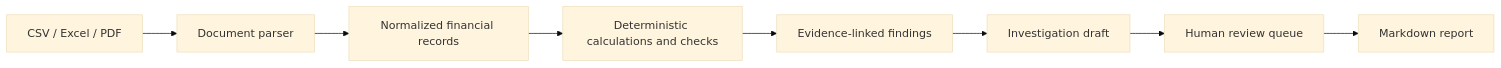
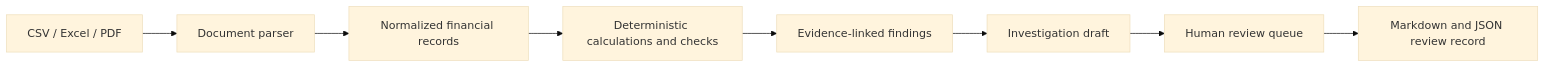
One commit to animeshpthk07/Finance-Workbench changed the diagram in docs/PROJECT_VALIDATION.md. Above: the diagram before and after it, drawn with Mermaid (base theme). The commit also changed other lines of this file and 18 other files, not shown here.

````diff
--- a/docs/PROJECT_VALIDATION.md
+++ b/docs/PROJECT_VALIDATION.md
@@ -18,10 +18,10 @@
 ```mermaid
 flowchart LR
     A[CSV / Excel / PDF] --> B[Document parser]
     B --> C[Normalized financial records]
     C --> D[Deterministic calculations and checks]
     D --> E[Evidence-linked findings]
     E --> F[Investigation draft]
     F --> G[Human review queue]
-    G --> H[Markdown report]
+    G --> H[Markdown and JSON review record]
 ```
````
